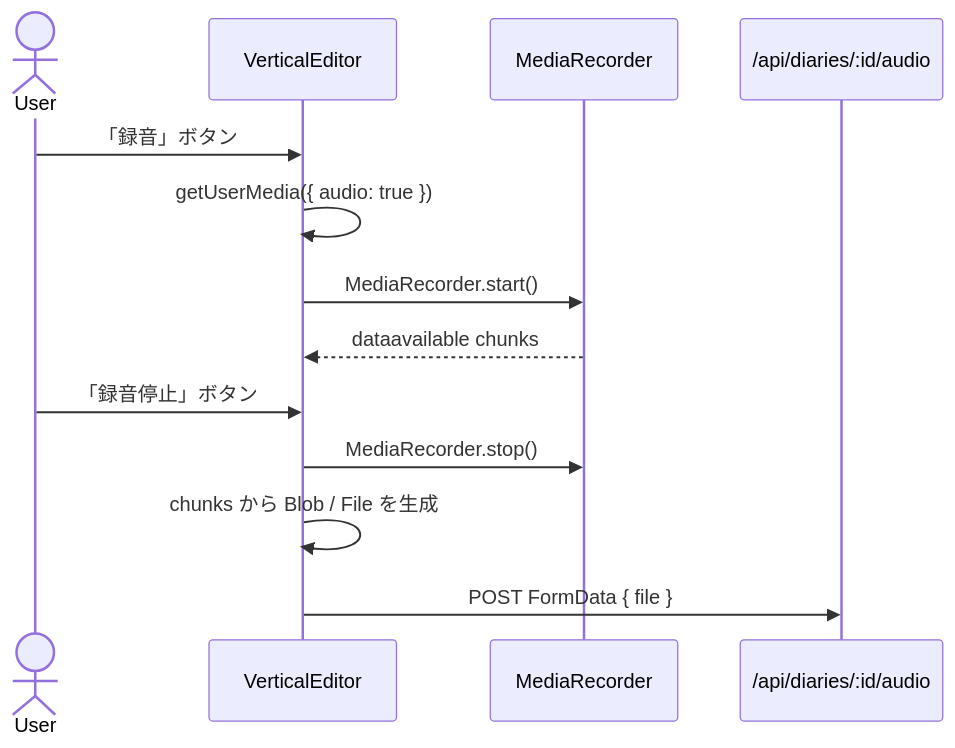
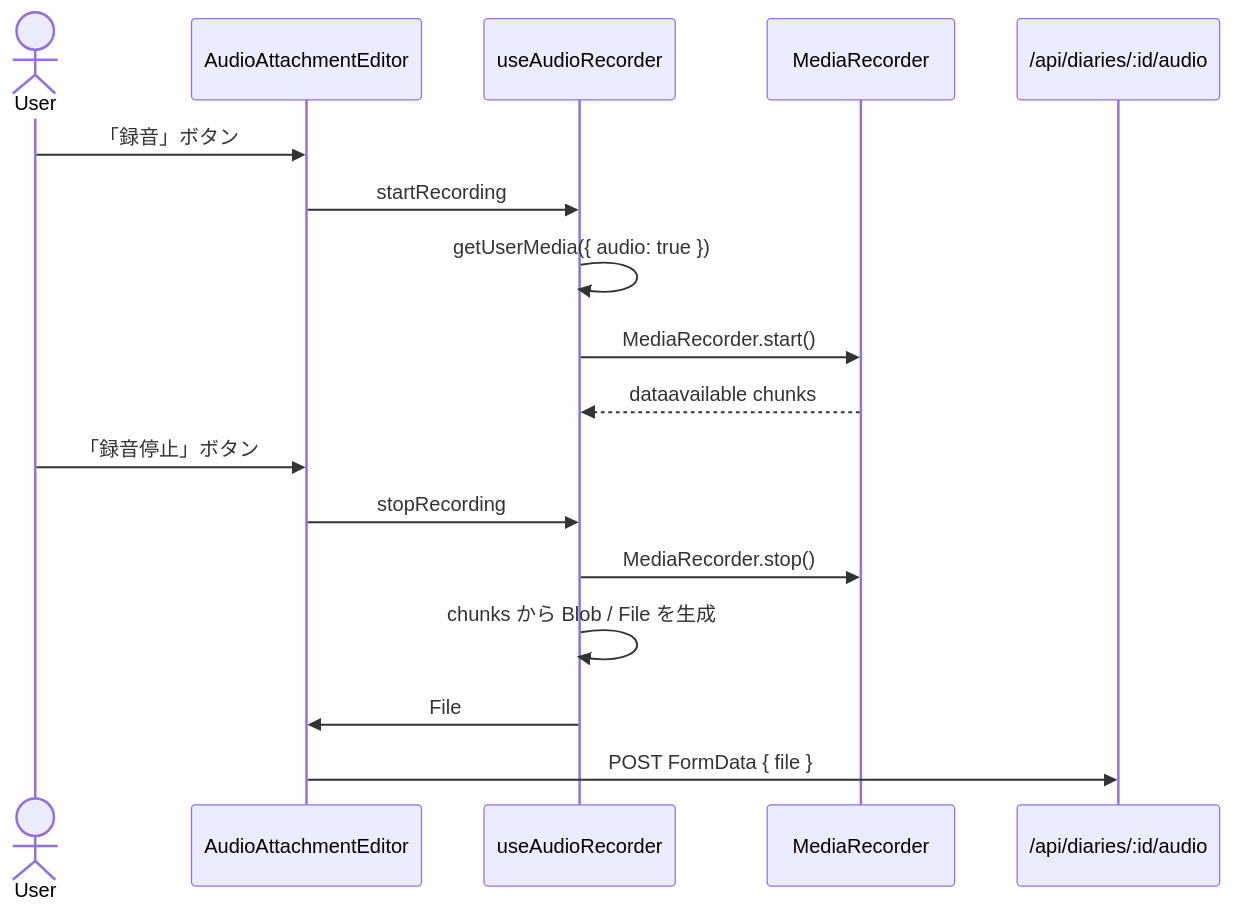
The second of 5 diagrams in docs/architecture/audio.md (shimabox/400-diary), drawn with Mermaid before and after one commit. The commit also changed other lines of this file and 12 other files, not shown here.

````diff
--- a/docs/architecture/audio.md
+++ b/docs/architecture/audio.md
@@ -89,16 +89,20 @@
 ```mermaid
 sequenceDiagram
     actor User
-    participant Editor as VerticalEditor
+    participant AudioEditor as AudioAttachmentEditor
+    participant Recorder as useAudioRecorder
     participant MR as MediaRecorder
     participant API as /api/diaries/:id/audio
 
-    User->>Editor: 「録音」ボタン
-    Editor->>Editor: getUserMedia({ audio: true })
-    Editor->>MR: MediaRecorder.start()
-    MR-->>Editor: dataavailable chunks
-    User->>Editor: 「録音停止」ボタン
-    Editor->>MR: MediaRecorder.stop()
-    Editor->>Editor: chunks から Blob / File を生成
-    Editor->>API: POST FormData { file }
+    User->>AudioEditor: 「録音」ボタン
+    AudioEditor->>Recorder: startRecording
+    Recorder->>Recorder: getUserMedia({ audio: true })
+    Recorder->>MR: MediaRecorder.start()
+    MR-->>Recorder: dataavailable chunks
+    User->>AudioEditor: 「録音停止」ボタン
+    AudioEditor->>Recorder: stopRecording
+    Recorder->>MR: MediaRecorder.stop()
+    Recorder->>Recorder: chunks から Blob / File を生成
+    Recorder->>AudioEditor: File
+    AudioEditor->>API: POST FormData { file }
 ```
````
